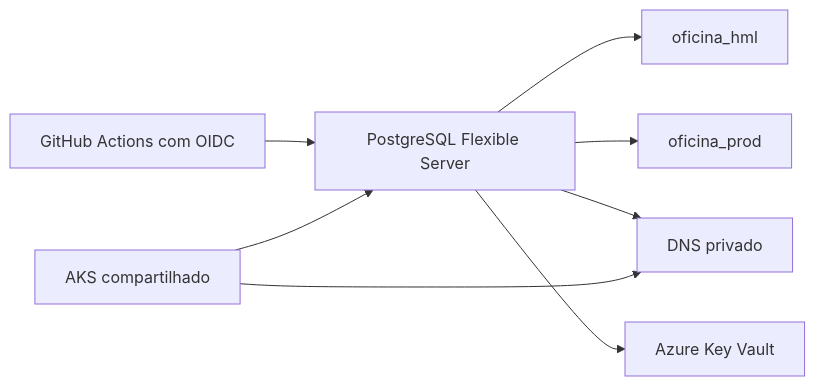
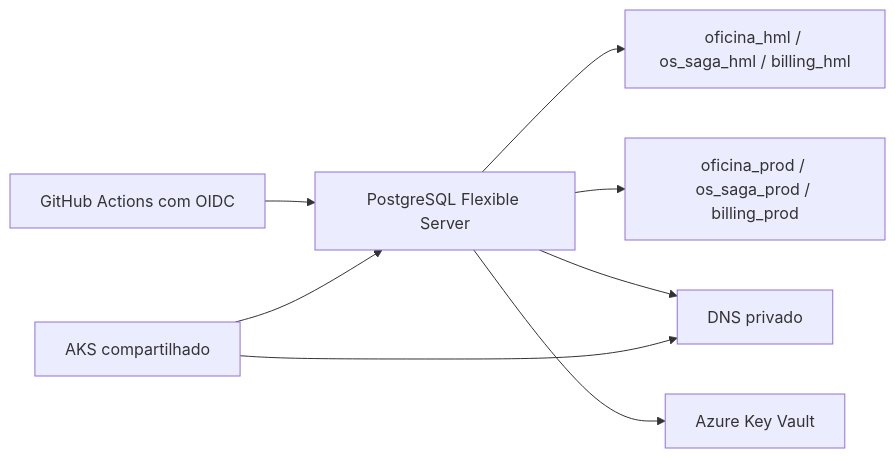
Before and after one commit to JoaoGW/soat-postgres-infra: the diagram in README.md, drawn with Mermaid. The commit also changed other lines of this file and 6 other files, not shown here.

First line of the commit message:
(imp): Bancos próprios do OS (Saga) e do Billing

````diff
--- a/README.md
+++ b/README.md
@@ -9,10 +9,10 @@
 ```mermaid
 flowchart LR
   GH[GitHub Actions com OIDC] --> PG[PostgreSQL Flexible Server]
-  PG --> DBHML[oficina_hml]
-  PG --> DBPROD[oficina_prod]
+  PG --> DBHML[oficina_hml / os_saga_hml / billing_hml]
+  PG --> DBPROD[oficina_prod / os_saga_prod / billing_prod]
   PG --> DNS[DNS privado]
   PG --> KV[Azure Key Vault]
   AKS[AKS compartilhado] --> DNS
   AKS --> PG
 ```
````
